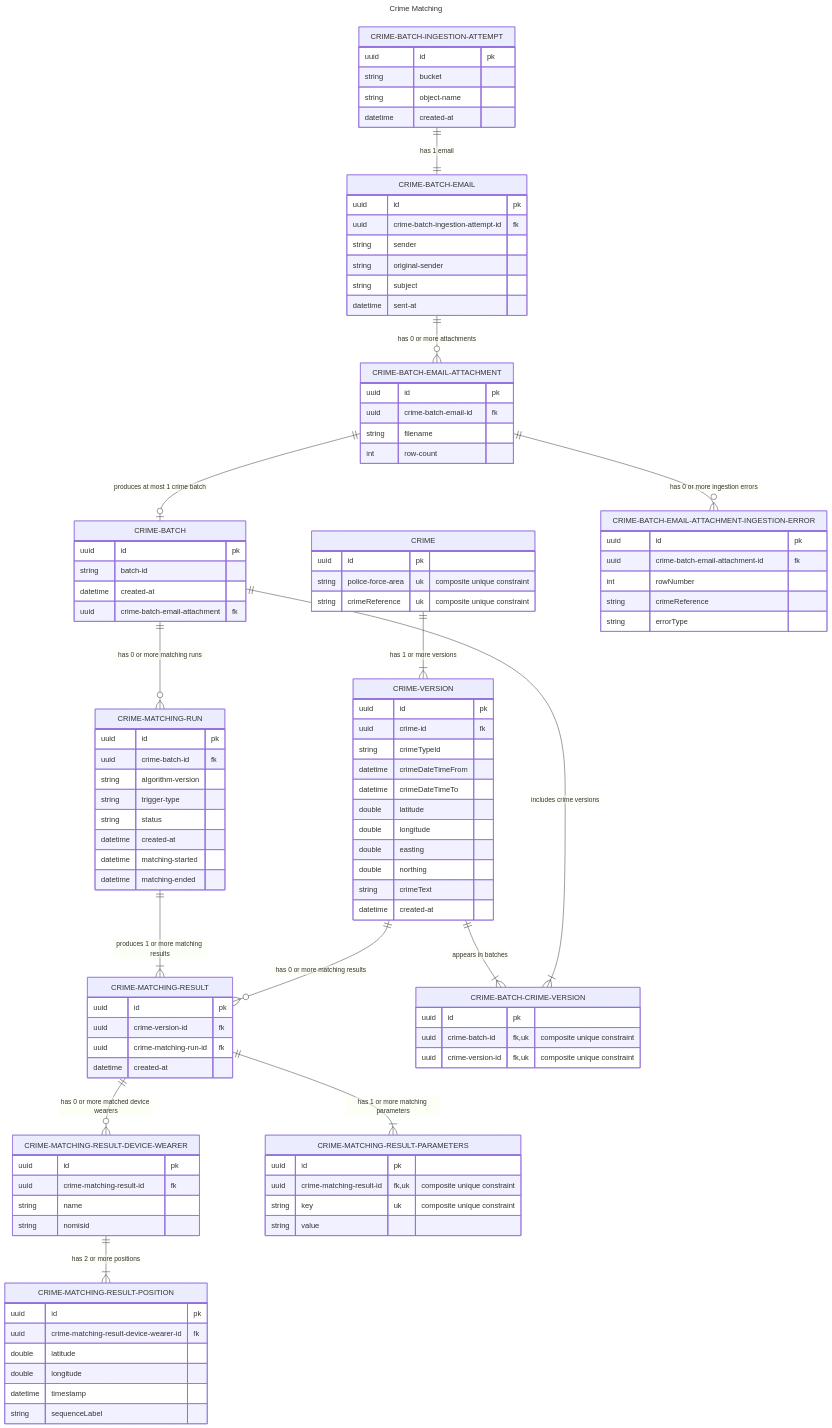
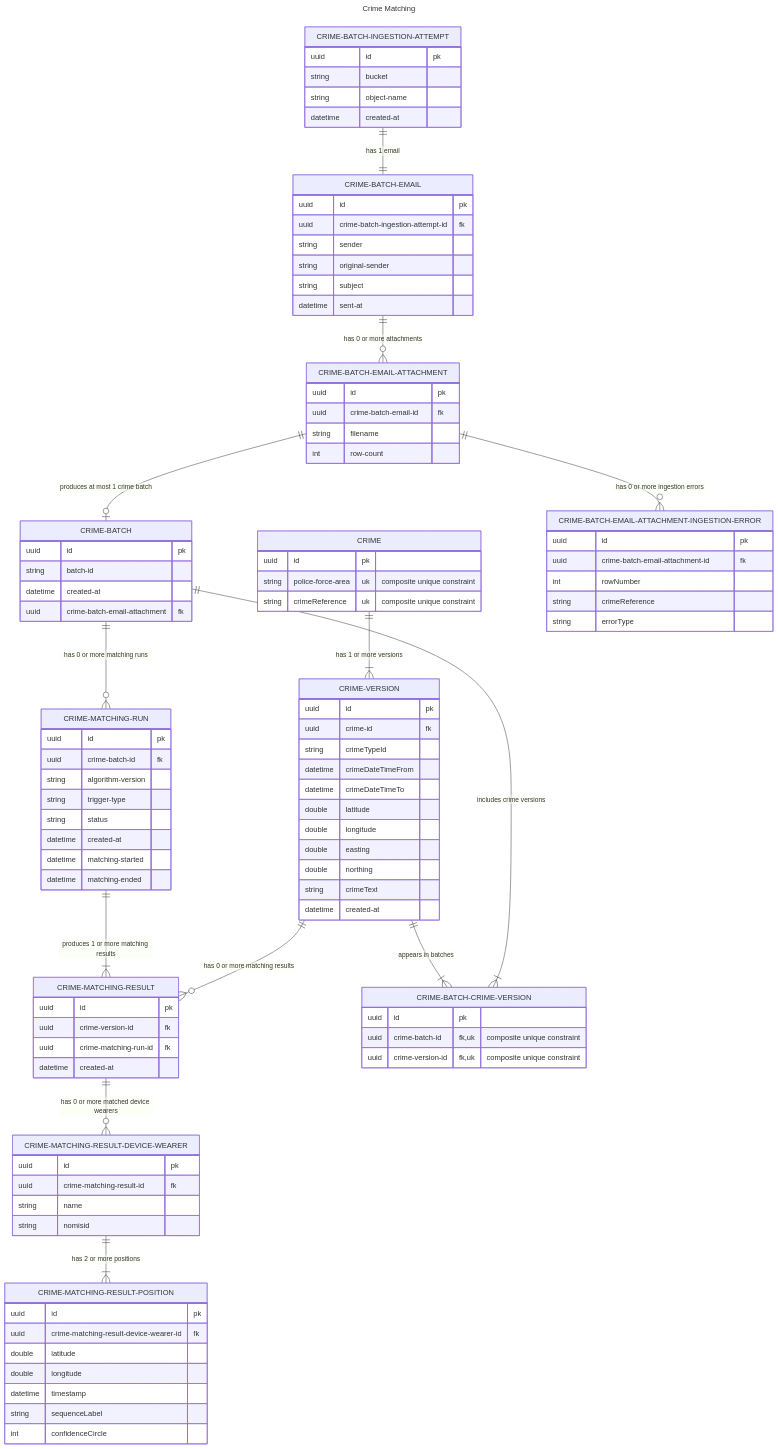
Before and after one commit to ministryofjustice/hmpps-electronic-monitoring-crime-matching-api: the diagram in docs/model.mmd, drawn with Mermaid.

Commit message:
Remove parameters and add confidence circle to position data

```diff
--- a/docs/model.mmd
+++ b/docs/model.mmd
@@ -1,127 +1,120 @@
 ---
 title: Crime Matching
 ---
 erDiagram
     %% Domain
     CRIME 1 to 1+ CRIME-VERSION : "has 1 or more versions"
     CRIME-VERSION 1 to 0+ CRIME-MATCHING-RESULT : "has 0 or more matching results"
     CRIME-BATCH 1 to 1+ CRIME-BATCH-CRIME-VERSION : "includes crime versions"
     CRIME-VERSION 1 to 1+ CRIME-BATCH-CRIME-VERSION : "appears in batches"
 
     %% Ingestion
     CRIME-BATCH-EMAIL-ATTACHMENT 1 to zero or one CRIME-BATCH : "produces at most 1 crime batch"
     CRIME-BATCH-INGESTION-ATTEMPT 1 to 1 CRIME-BATCH-EMAIL : "has 1 email"
     CRIME-BATCH-EMAIL 1 to 0+ CRIME-BATCH-EMAIL-ATTACHMENT : "has 0 or more attachments"
     CRIME-BATCH-EMAIL-ATTACHMENT 1 to zero or more CRIME-BATCH-EMAIL-ATTACHMENT-INGESTION-ERROR : "has 0 or more ingestion errors"
 
     %% Matching
     CRIME-BATCH 1 to 0+ CRIME-MATCHING-RUN : "has 0 or more matching runs"
     CRIME-MATCHING-RUN 1 to 1+ CRIME-MATCHING-RESULT : "produces 1 or more matching results"
     CRIME-MATCHING-RESULT 1 to 0+ CRIME-MATCHING-RESULT-DEVICE-WEARER : "has 0 or more matched device wearers"
-    CRIME-MATCHING-RESULT 1 to 1+ CRIME-MATCHING-RESULT-PARAMETERS : "has 1 or more matching parameters"
     CRIME-MATCHING-RESULT-DEVICE-WEARER 1 to 1+ CRIME-MATCHING-RESULT-POSITION : "has 2 or more positions"
 
     CRIME-BATCH {
         uuid id pk
         string batch-id
         datetime created-at
         uuid crime-batch-email-attachment fk
     }
 
     CRIME-BATCH-CRIME-VERSION {
         uuid id pk
         uuid crime-batch-id fk, uk "composite unique constraint"
         uuid crime-version-id fk, uk "composite unique constraint"
     }
 
     CRIME-BATCH-INGESTION-ATTEMPT {
         uuid id pk
         string bucket
         string object-name
         datetime created-at
     }
 
     CRIME-BATCH-EMAIL {
         uuid id pk
         uuid crime-batch-ingestion-attempt-id fk
         string sender
         string original-sender
         string subject
         datetime sent-at
     }
 
     CRIME-BATCH-EMAIL-ATTACHMENT {
         uuid id pk
         uuid crime-batch-email-id fk
         string filename
         int row-count
     }
 
     CRIME-BATCH-EMAIL-ATTACHMENT-INGESTION-ERROR {
         uuid id pk
         uuid crime-batch-email-attachment-id fk
         int rowNumber
         string crimeReference
         string errorType
     }
 
     CRIME {
         uuid id pk
         string police-force-area uk "composite unique constraint"
         string crimeReference uk "composite unique constraint"
     }
 
     CRIME-VERSION {
         uuid id pk
         uuid crime-id fk
         string crimeTypeId
         datetime crimeDateTimeFrom
         datetime crimeDateTimeTo
         double latitude
         double longitude
         double easting
         double northing
         string crimeText
         datetime created-at
     }
 
     CRIME-MATCHING-RUN {
         uuid id pk
         uuid crime-batch-id fk
         string algorithm-version
         string trigger-type
         string status
         datetime created-at
         datetime matching-started
         datetime matching-ended
     }
 
     CRIME-MATCHING-RESULT {
         uuid id pk
         uuid crime-version-id fk
         uuid crime-matching-run-id fk
         datetime created-at
     }
 
-    CRIME-MATCHING-RESULT-PARAMETERS {
-        uuid id pk
-        uuid crime-matching-result-id fk, uk "composite unique constraint"
-        string key uk "composite unique constraint"
-        string value
-    }
-
     CRIME-MATCHING-RESULT-DEVICE-WEARER {
         uuid id pk
         uuid crime-matching-result-id fk
         string name
         string nomisid
     }
 
     CRIME-MATCHING-RESULT-POSITION {
         uuid id pk
         uuid crime-matching-result-device-wearer-id fk
         double latitude
         double longitude
         datetime timestamp
         string sequenceLabel
+        int confidenceCircle
     }
```
